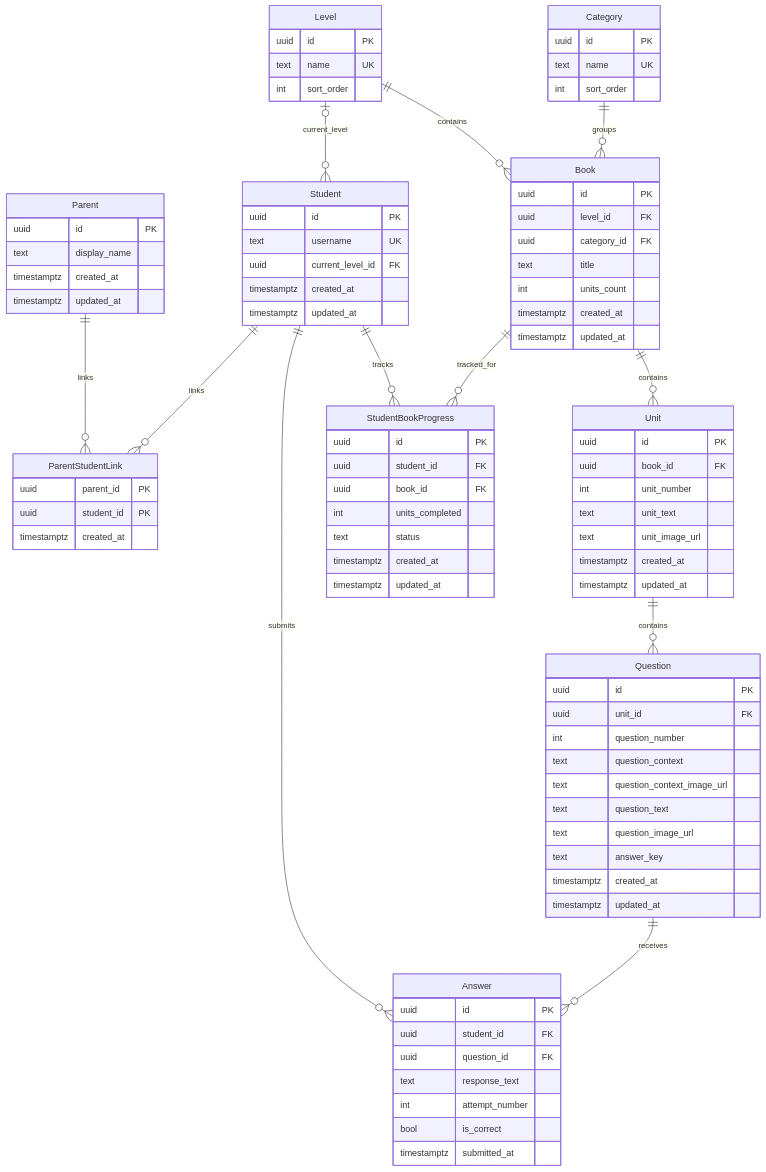
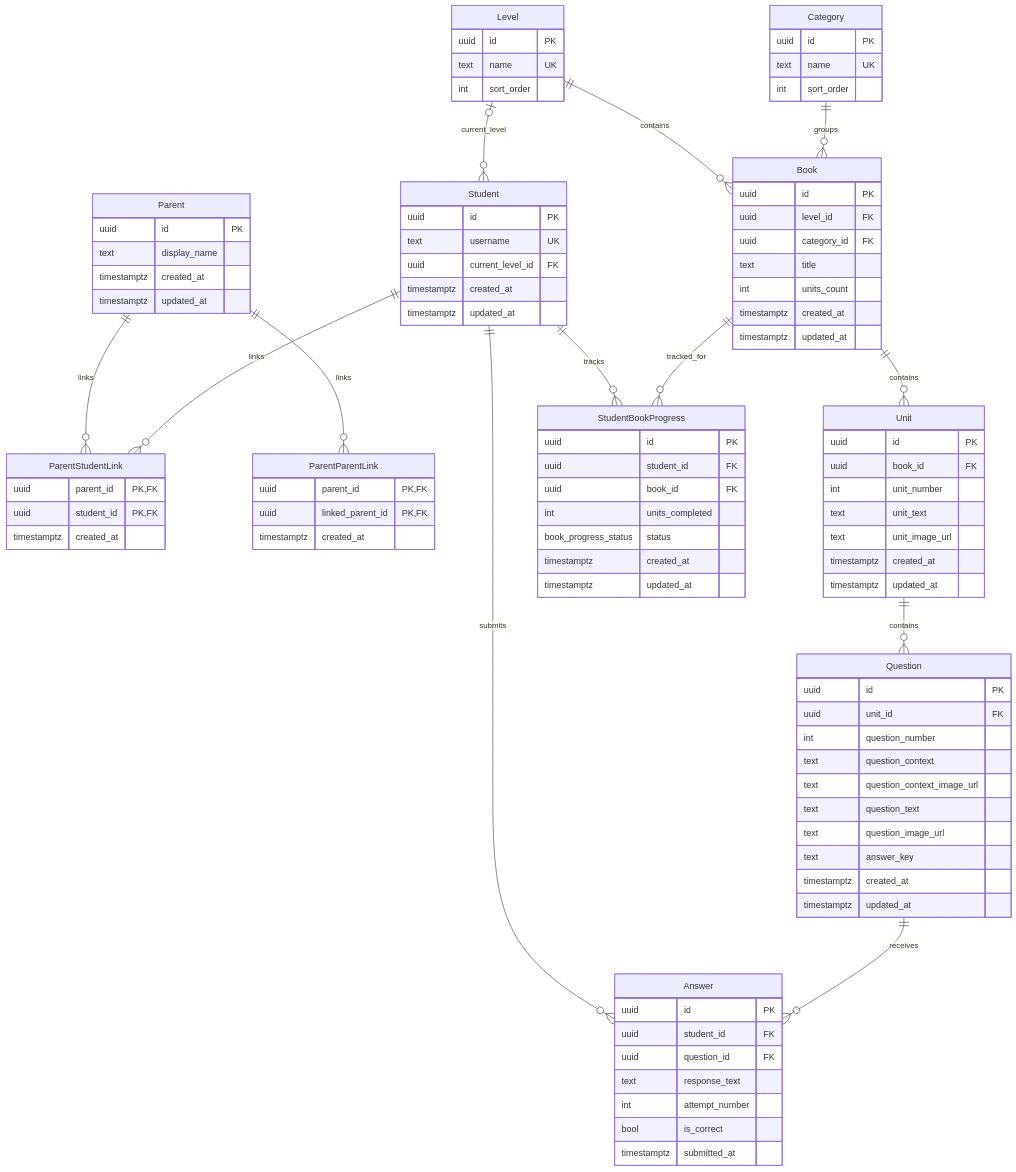
Before and after one commit to forrestberry/sra-backend: the diagram in docs/erd_diagram.md, drawn with Mermaid.

Commit message:
Update ERD parent links

````diff
--- a/docs/erd_diagram.md
+++ b/docs/erd_diagram.md
@@ -1,6 +1,7 @@
 ```mermaid
 erDiagram
     Parent ||--o{ ParentStudentLink : links
+    Parent ||--o{ ParentParentLink : links
     Student ||--o{ ParentStudentLink : links
     Level o|--o{ Student : current_level
     Level ||--o{ Book : contains
@@ -30,8 +31,14 @@
     }
 
     ParentStudentLink {
-        uuid parent_id PK
-        uuid student_id PK
+        uuid parent_id PK, FK
+        uuid student_id PK, FK
+        timestamptz created_at
+    }
+
+    ParentParentLink {
+        uuid parent_id PK, FK
+        uuid linked_parent_id PK, FK
         timestamptz created_at
     }
 
@@ -95,7 +102,7 @@
         uuid student_id FK
         uuid book_id FK
         int units_completed
-        text status
+        book_progress_status status
         timestamptz created_at
         timestamptz updated_at
     }
````
